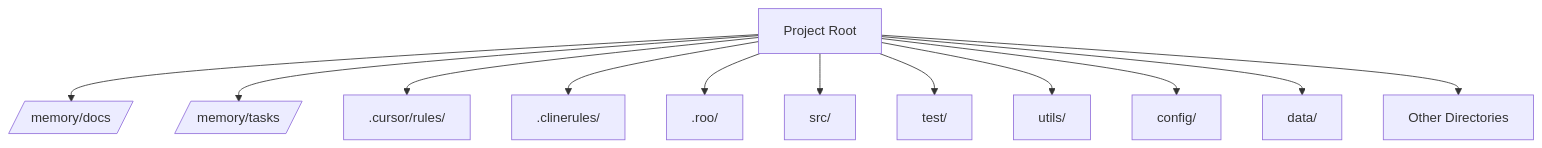
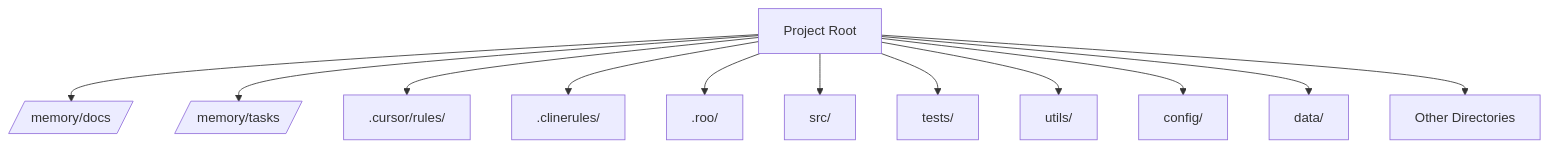
One commit to botingw/rulebook-ai changed the diagram in src/rulebook_ai/packs/light-spec/rules/01-rules/05-directory-structure.md. Above: the diagram before and after it, drawn with Mermaid. The commit also changed 7 other files, not shown here.

````diff
--- a/src/rulebook_ai/packs/light-spec/rules/01-rules/05-directory-structure.md
+++ b/src/rulebook_ai/packs/light-spec/rules/01-rules/05-directory-structure.md
@@ -7,15 +7,15 @@
 ```mermaid
 flowchart TD
     Root[Project Root]
     Root --> Docs[/memory/docs/]
     Root --> Tasks[/memory/tasks/]
     Root --> Cursor[.cursor/rules/]
     Root --> CLINE[.clinerules/]
     Root --> Roo[.roo/]
     Root --> SourceCode[src/]
-    Root --> Test[test/]
+    Root --> Test[tests/]
     Root --> Utils[utils/]
     Root --> Config[config/]
     Root --> Data[data/]
     Root --> Other[Other Directories]
 ```
````
